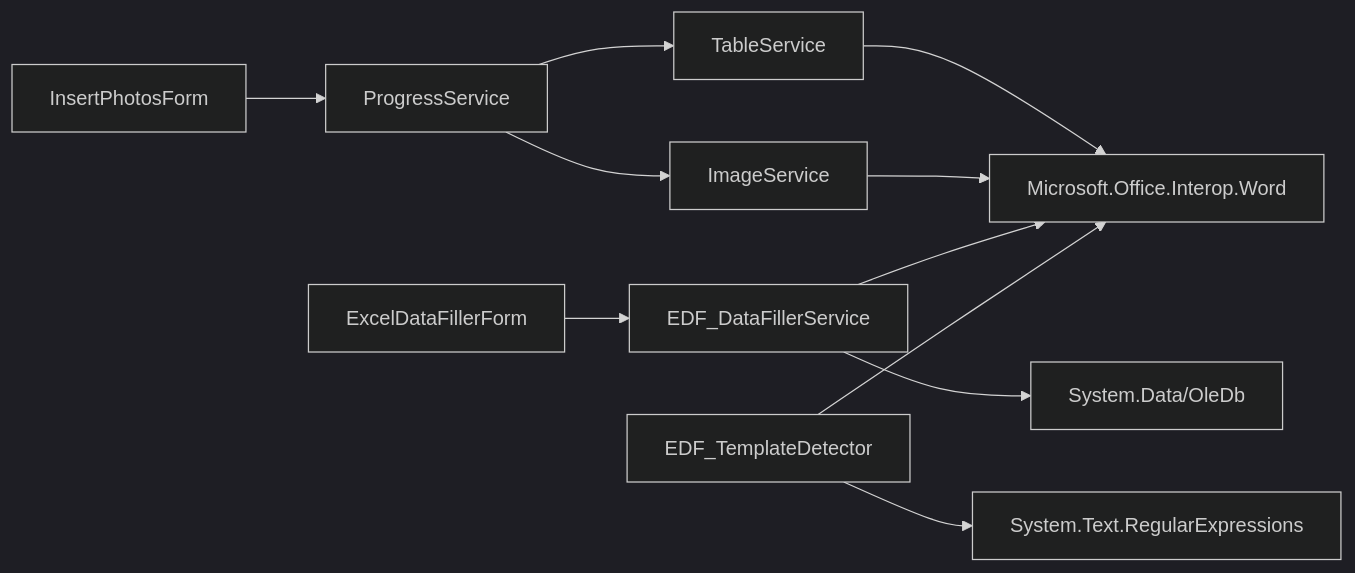
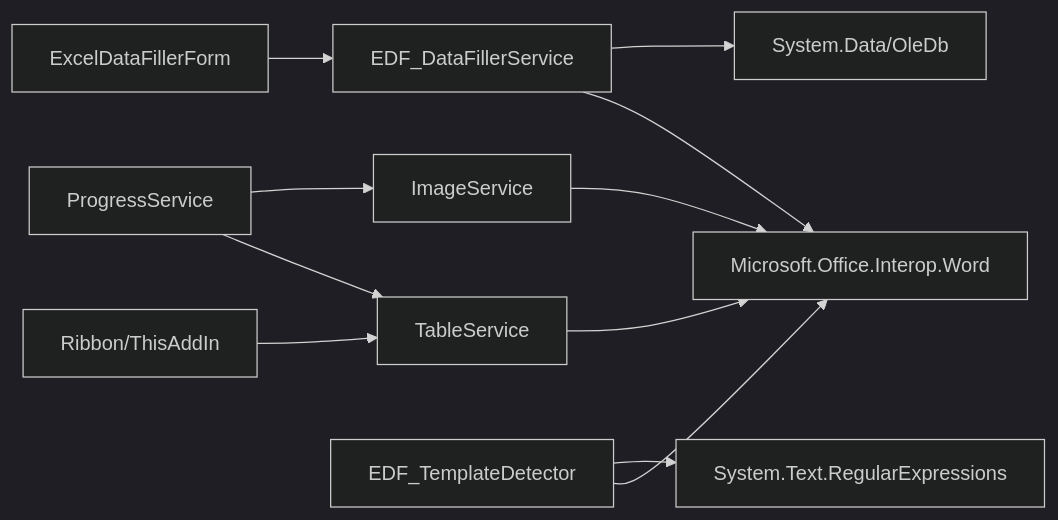
Diagram 17 of 17 in .qoder/repowiki/zh/content/服务层/表格服务.md (rainiva/WordTools), drawn with Mermaid (dark theme) before and after one commit. The commit also changed other lines of this file and 7 other files, not shown here.

````diff
--- a/.qoder/repowiki/zh/content/服务层/表格服务.md
+++ b/.qoder/repowiki/zh/content/服务层/表格服务.md
@@ -527,13 +698,13 @@
 ```mermaid
 graph LR
 TS["TableService"] --> Word["Microsoft.Office.Interop.Word"]
 IS["ImageService"] --> Word
 PS["ProgressService"] --> TS
 PS --> IS
 EDFS["EDF_DataFillerService"] --> Word
 EDFS --> Data["System.Data/OleDb"]
 EDFT["EDF_TemplateDetector"] --> Word
 EDFT --> Regex["System.Text.RegularExpressions"]
-UI1["InsertPhotosForm"] --> PS
+UI1["Ribbon/ThisAddIn"] --> TS
 UI2["ExcelDataFillerForm"] --> EDFS
 ```
````
